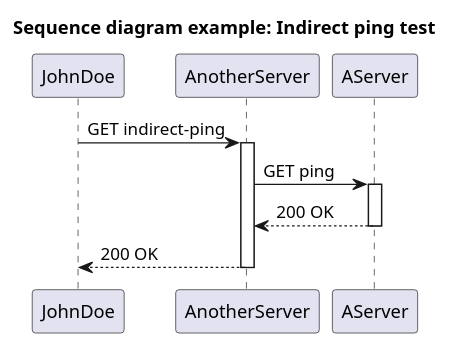
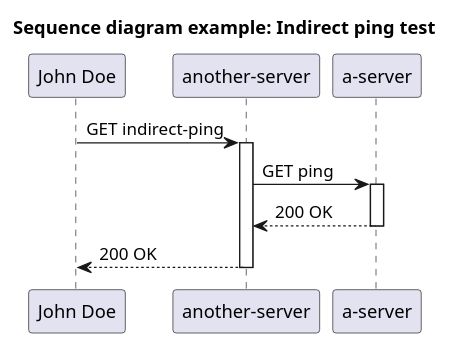
Before and after one commit to http4k/http4k-diagram-examples: the diagram in sequence-diagrams/.generated/diagrams/Sequence diagram example: Indirect ping test - Sequence.puml, drawn with PlantUML. The commit also changed 5 other files, not shown here.

```diff
--- a/sequence-diagrams/.generated/diagrams/Sequence diagram example: Indirect ping test - Sequence.puml
+++ b/sequence-diagrams/.generated/diagrams/Sequence diagram example: Indirect ping test - Sequence.puml
@@ -1,15 +1,15 @@
 @startuml
 title Sequence diagram example: Indirect ping test
-participant JohnDoe
-participant AnotherServer
-participant AServer
-JohnDoe -> AnotherServer: GET indirect-ping 
-activate AnotherServer
-AnotherServer -> AServer: GET ping 
-activate AServer
+participant "John Doe"
+participant "another-server"
+participant "a-server"
+"John Doe" -> "another-server": GET indirect-ping 
+activate "another-server"
+"another-server" -> "a-server": GET ping 
+activate "a-server"
 
-AServer --> AnotherServer: 200 OK
-deactivate AServer
-AnotherServer --> JohnDoe: 200 OK
-deactivate AnotherServer
+"a-server" --> "another-server": 200 OK
+deactivate "a-server"
+"another-server" --> "John Doe": 200 OK
+deactivate "another-server"
     @enduml
```
